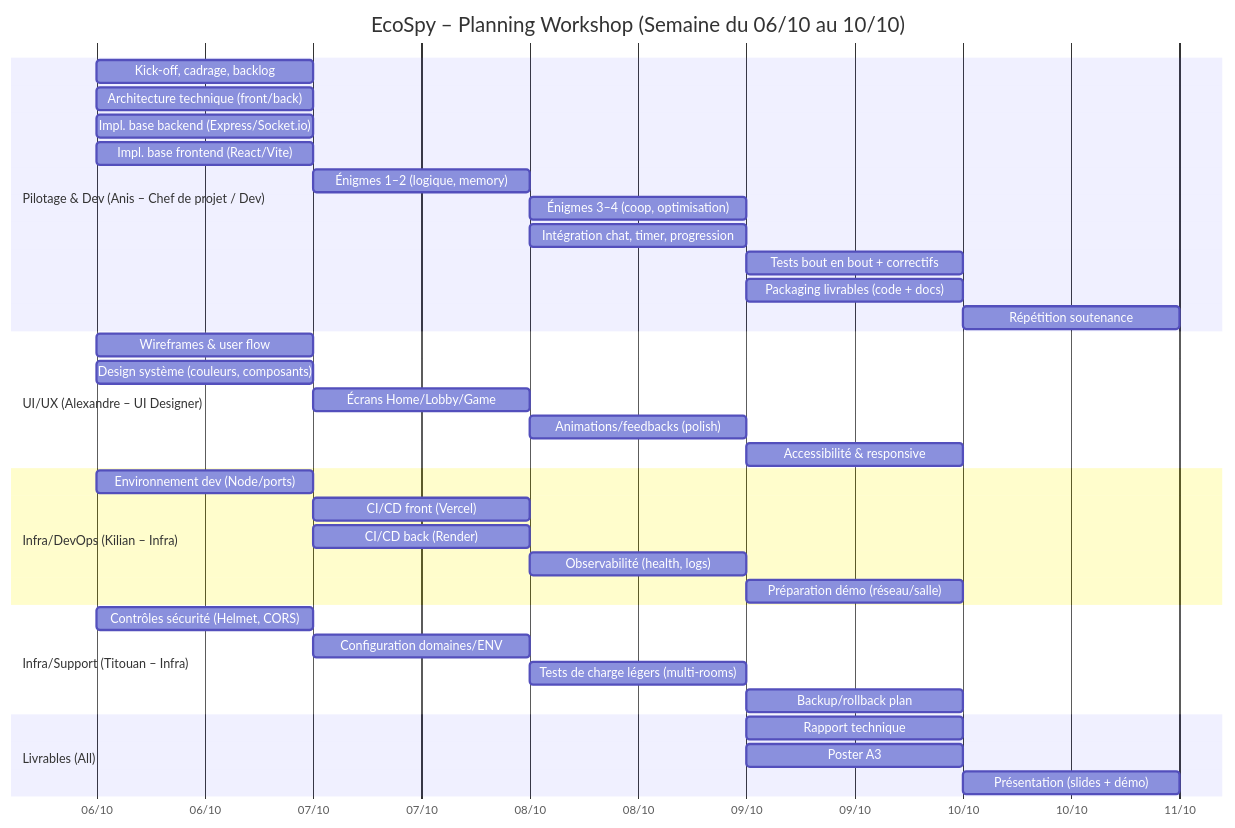
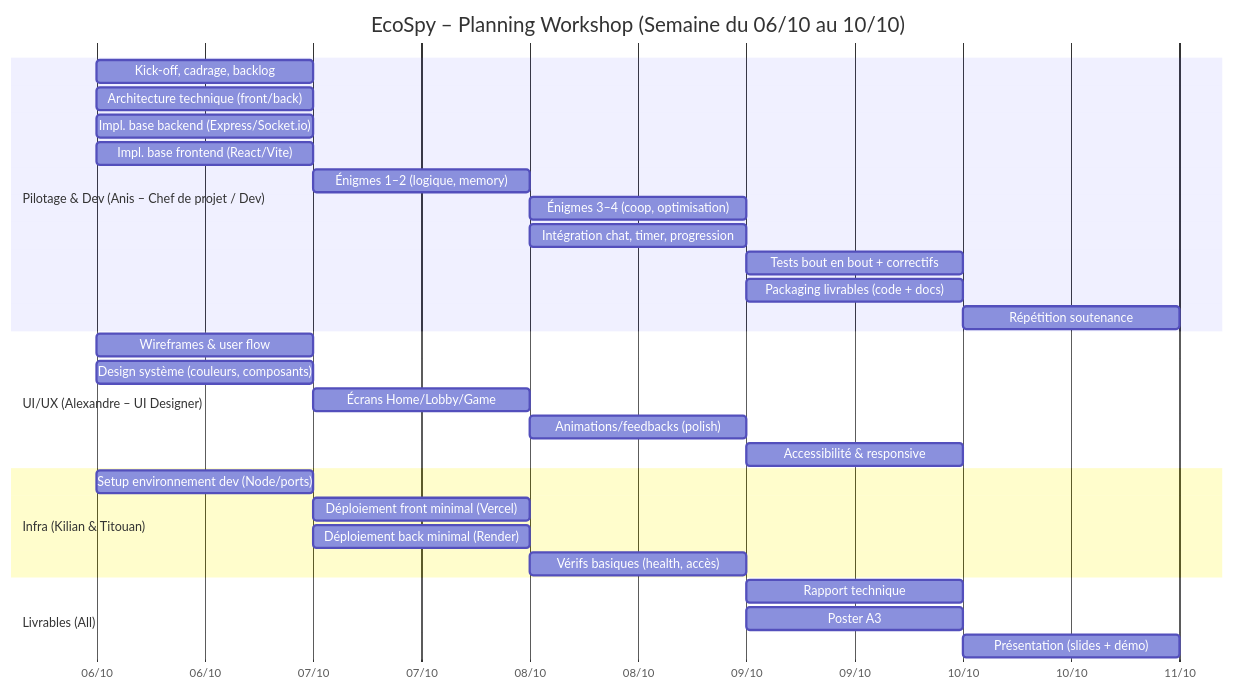
Before and after one commit to tduki/escape_game: the diagram in docs/gantt.md, drawn with Mermaid. The commit also changed other lines of this file, not shown here.

````diff
--- a/docs/gantt.md
+++ b/docs/gantt.md
@@ -3,43 +3,36 @@
 ```mermaid
 gantt
     title EcoSpy – Planning Workshop (Semaine du 06/10 au 10/10)
     dateFormat  YYYY-MM-DD
     axisFormat  %d/%m
 
     section Pilotage & Dev (Anis – Chef de projet / Dev)
     Kick-off, cadrage, backlog             :a1, 2025-10-06, 1d
     Architecture technique (front/back)    :a2, 2025-10-06, 0.5d
     Impl. base backend (Express/Socket.io) :a3, 2025-10-06, 0.5d
     Impl. base frontend (React/Vite)       :a4, 2025-10-06, 0.5d
     Énigmes 1–2 (logique, memory)          :a5, 2025-10-07, 1d
     Énigmes 3–4 (coop, optimisation)       :a6, 2025-10-08, 1d
     Intégration chat, timer, progression   :a7, 2025-10-08, 0.5d
     Tests bout en bout + correctifs        :a8, 2025-10-09, 0.5d
     Packaging livrables (code + docs)      :a9, 2025-10-09, 0.5d
     Répétition soutenance                  :a10, 2025-10-10, 0.5d
 
     section UI/UX (Alexandre – UI Designer)
     Wireframes & user flow                 :u1, 2025-10-06, 0.5d
     Design système (couleurs, composants)  :u2, 2025-10-06, 0.5d
     Écrans Home/Lobby/Game                 :u3, 2025-10-07, 1d
     Animations/feedbacks (polish)          :u4, 2025-10-08, 0.5d
     Accessibilité & responsive             :u5, 2025-10-09, 0.5d
 
-    section Infra/DevOps (Kilian – Infra)
-    Environnement dev (Node/ports)         :k1, 2025-10-06, 0.5d
-    CI/CD front (Vercel)                   :k2, 2025-10-07, 0.5d
-    CI/CD back (Render)                    :k3, 2025-10-07, 0.5d
-    Observabilité (health, logs)           :k4, 2025-10-08, 0.5d
-    Préparation démo (réseau/salle)        :k5, 2025-10-09, 0.5d
-
-    section Infra/Support (Titouan – Infra)
-    Contrôles sécurité (Helmet, CORS)      :t1, 2025-10-06, 0.5d
-    Configuration domaines/ENV             :t2, 2025-10-07, 0.5d
-    Tests de charge légers (multi-rooms)   :t3, 2025-10-08, 0.5d
-    Backup/rollback plan                   :t4, 2025-10-09, 0.5d
+    section Infra (Kilian & Titouan)
+    Setup environnement dev (Node/ports)   :i1, 2025-10-06, 0.5d
+    Déploiement front minimal (Vercel)     :i2, 2025-10-07, 0.5d
+    Déploiement back minimal (Render)      :i3, 2025-10-07, 0.5d
+    Vérifs basiques (health, accès)        :i4, 2025-10-08, 0.5d
 
     section Livrables (All)
     Rapport technique                      :l1, 2025-10-09, 0.5d
     Poster A3                              :l2, 2025-10-09, 0.5d
     Présentation (slides + démo)           :l3, 2025-10-10, 0.5d
 ```
````
